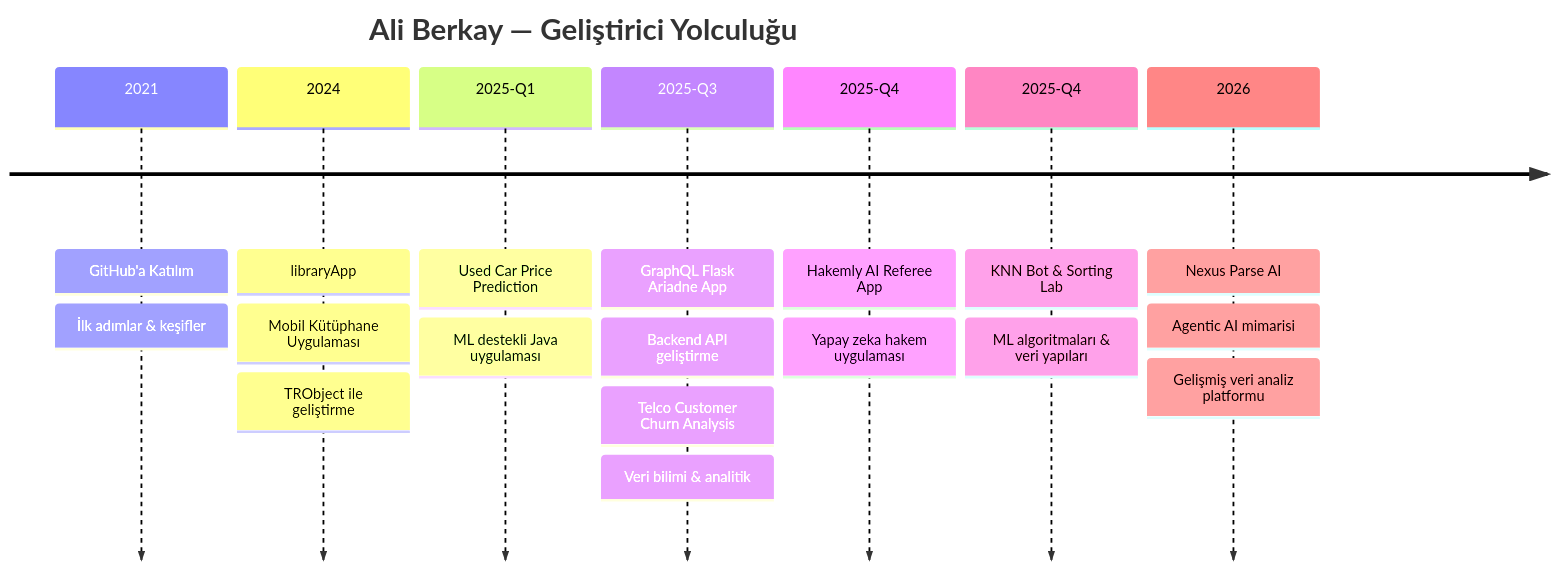
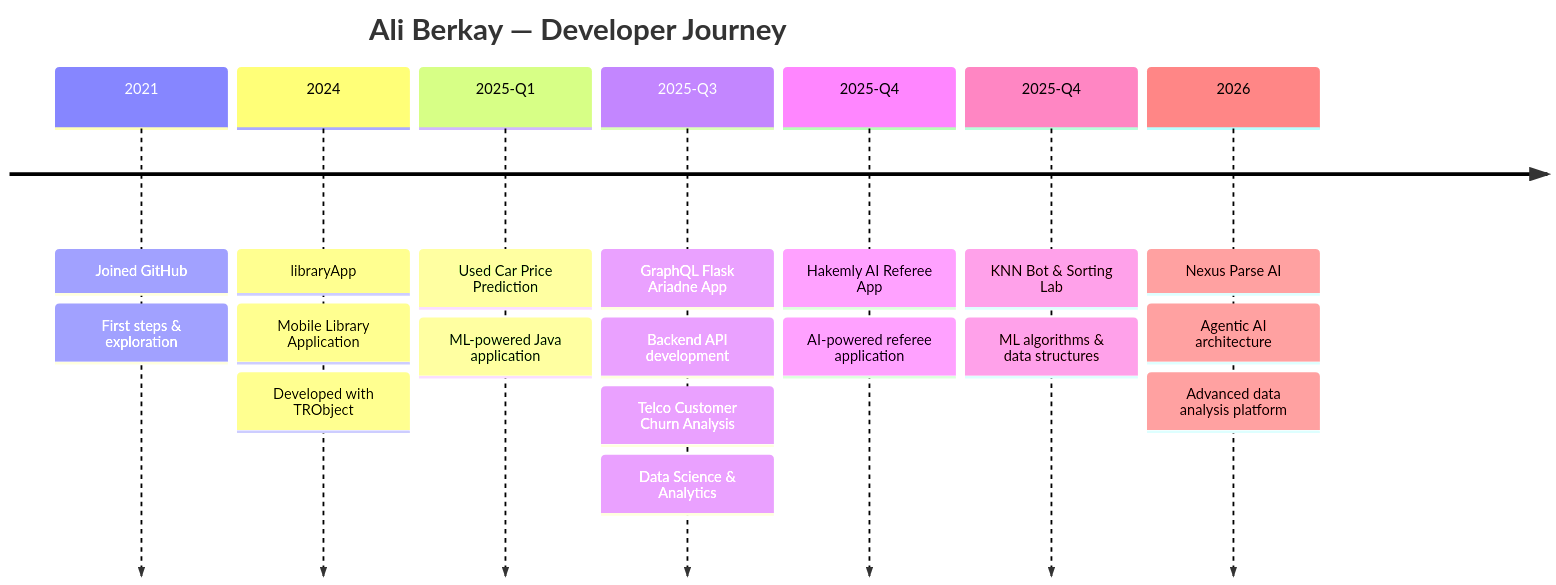
Before and after one commit to DemonstrativeAli/DemonstrativeAli: the diagram in README.md, drawn with Mermaid. The commit also changed other lines of this file, not shown here.

Commit message:
🌐 Translate README to English & remove Full-Stack Developer title

````diff
--- a/README.md
+++ b/README.md
@@ -133,22 +133,22 @@
 ```mermaid
 timeline
-    title Ali Berkay — Geliştirici Yolculuğu
-    2021 : GitHub'a Katılım
-         : İlk adımlar & keşifler
+    title Ali Berkay — Developer Journey
+    2021 : Joined GitHub
+         : First steps & exploration
     2024 : libraryApp
-         : Mobil Kütüphane Uygulaması
-         : TRObject ile geliştirme
+         : Mobile Library Application
+         : Developed with TRObject
     2025-Q1 : Used Car Price Prediction
-            : ML destekli Java uygulaması
+            : ML-powered Java application
     2025-Q3 : GraphQL Flask Ariadne App
-            : Backend API geliştirme
+            : Backend API development
             : Telco Customer Churn Analysis
-            : Veri bilimi & analitik
+            : Data Science & Analytics
     2025-Q4 : Hakemly AI Referee App
-            : Yapay zeka hakem uygulaması
+            : AI-powered referee application
     2025-Q4 : KNN Bot & Sorting Lab
-            : ML algoritmaları & veri yapıları
+            : ML algorithms & data structures
     2026   : Nexus Parse AI
-           : Agentic AI mimarisi
-           : Gelişmiş veri analiz platformu
+           : Agentic AI architecture
+           : Advanced data analysis platform
 ```
````
